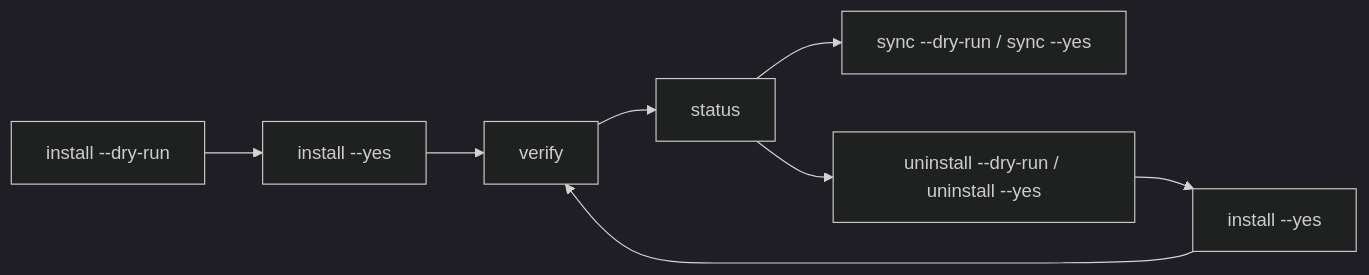
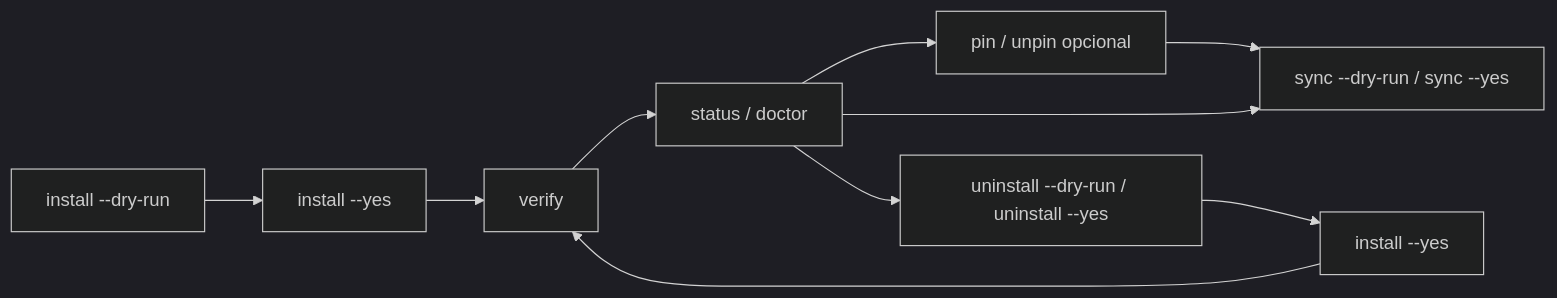
The second of 2 diagrams in README.md (adrotech/lufy-ai), drawn with Mermaid (dark theme) before and after one commit. The commit also changed other lines of this file and 28 other files, not shown here.

````diff
--- a/README.md
+++ b/README.md
@@ -208,10 +237,12 @@
 ```mermaid
 flowchart LR
     I["install --dry-run"] --> A["install --yes"]
     A --> V["verify"]
-    V --> S["status"]
-    S --> Y["sync --dry-run / sync --yes"]
+    V --> S["status / doctor"]
+    S --> P["pin / unpin opcional"]
+    P --> Y["sync --dry-run / sync --yes"]
+    S --> Y
     S --> U["uninstall --dry-run / uninstall --yes"]
     U --> R["install --yes"]
     R --> V
 ```
````
